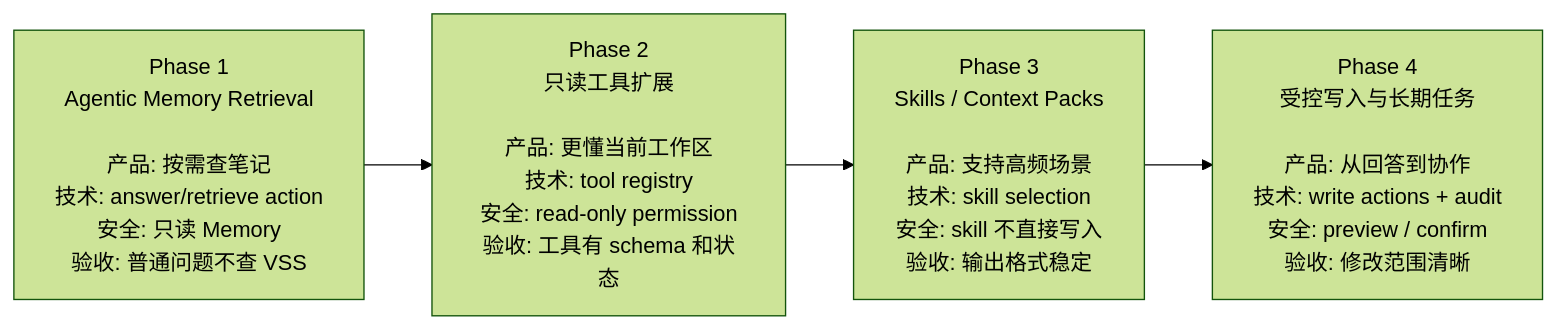
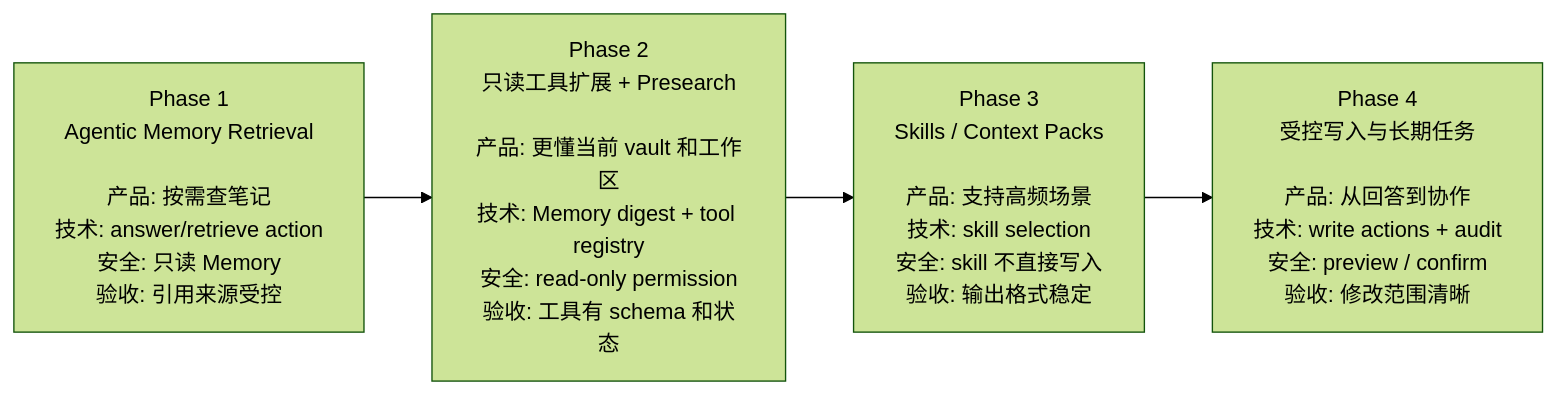
Before and after one commit to edonyzpc/personal-assistant: the fifth of 5 diagrams in docs/chat-agent-architecture.md, drawn with Mermaid (forest theme). The commit also changed other lines of this file and 3 other files, not shown here.

````diff
--- a/docs/chat-agent-architecture.md
+++ b/docs/chat-agent-architecture.md
@@ -258,9 +286,9 @@
 ```mermaid
 flowchart LR
-  P1["Phase 1\nAgentic Memory Retrieval\n\n产品: 按需查笔记\n技术: answer/retrieve action\n安全: 只读 Memory\n验收: 普通问题不查 VSS"]
-  P2["Phase 2\n只读工具扩展\n\n产品: 更懂当前工作区\n技术: tool registry\n安全: read-only permission\n验收: 工具有 schema 和状态"]
+  P1["Phase 1\nAgentic Memory Retrieval\n\n产品: 按需查笔记\n技术: answer/retrieve action\n安全: 只读 Memory\n验收: 引用来源受控"]
+  P2["Phase 2\n只读工具扩展 + Presearch\n\n产品: 更懂当前 vault 和工作区\n技术: Memory digest + tool registry\n安全: read-only permission\n验收: 工具有 schema 和状态"]
   P3["Phase 3\nSkills / Context Packs\n\n产品: 支持高频场景\n技术: skill selection\n安全: skill 不直接写入\n验收: 输出格式稳定"]
   P4["Phase 4\n受控写入与长期任务\n\n产品: 从回答到协作\n技术: write actions + audit\n安全: preview / confirm\n验收: 修改范围清晰"]
 
   P1 --> P2 --> P3 --> P4
 ```
````
